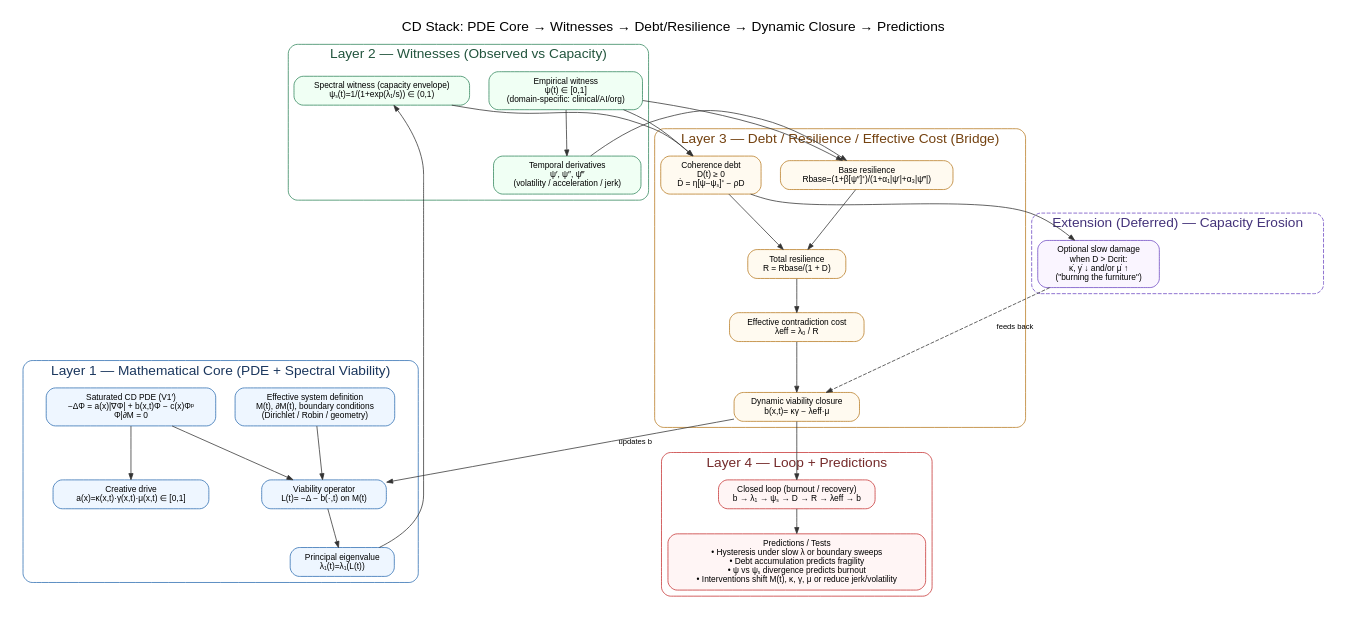
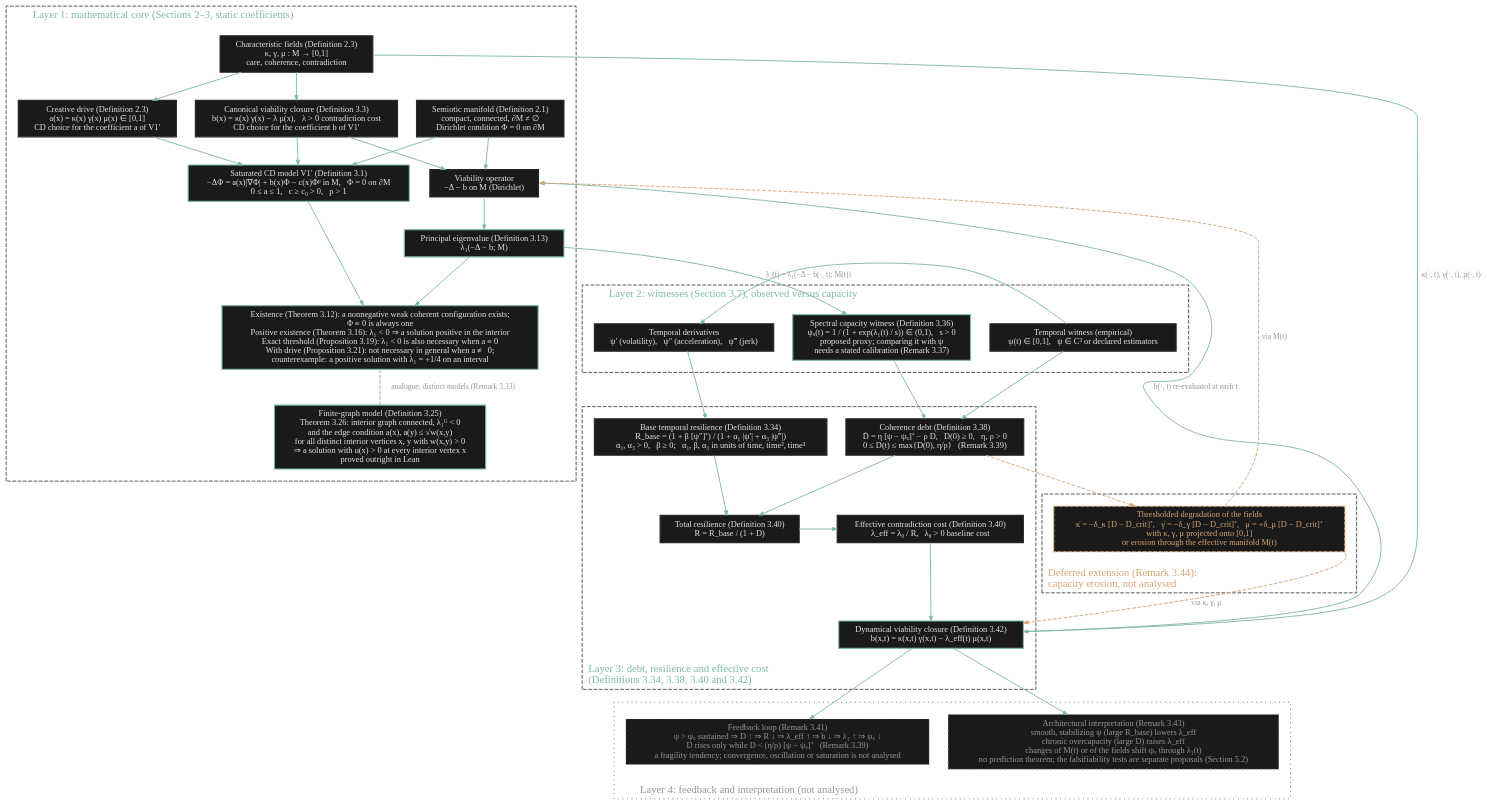
One commit to Project-Navi/navi-creative-determinant changed the diagram in paper/cd_stack.dot. Above: the diagram before and after it, drawn with Graphviz. The commit also changed 89 other files, not shown here.

```diff
--- a/paper/cd_stack.dot
+++ b/paper/cd_stack.dot
@@ -1,126 +1,230 @@
-digraph CDStack {
-  rankdir=TB;
-  bgcolor="white";
-  graph [
-    fontname="Helvetica",
-    fontsize=18,
-    labelloc="t",
-    label="CD Stack: PDE Core → Witnesses → Debt/Resilience → Dynamic Closure → Predictions",
-    pad="0.2",
-    nodesep="0.35",
-    ranksep="0.45"
-  ];
-  node [
-    fontname="Helvetica",
-    fontsize=11,
-    shape=box,
-    style="rounded,filled",
-    margin="0.18,0.10",
-    color="#333333"
-  ];
-  edge [
-    fontname="Helvetica",
-    fontsize=10,
-    color="#333333",
-    arrowsize=0.8
-  ];
+// The Creative Determinant stack: one source for the docs diagram and the paper figures.
+//
+// Structure and labels live here; statement numbers are paper numbers. paper/stack_figures.py
+// renders this file as the brand-themed SVG for the docs site and, with a print palette, as the
+// two paper figures (cluster L1 for Figure 1; clusters L2, L3, L4 and EXT plus the Layer 1
+// context nodes FIELDS, OP and LAM for Figure 2).
+//
+// `label` is the full text shown on the docs site; `plabel`, where present, is the compact
+// text used in the paper figures, whose captions and surrounding text carry the details.
+// The other `p` attributes (plabeljust, ptailport, pconstraint) likewise apply only to the
+// paper figures, whose node order differs from the docs layout.
+// Regenerate with `make -C paper` after editing (renders in the pinned image of
+// paper/figures.Dockerfile; needs docker), then rebuild the paper.
+//
+// Styling follows the Project Navi brand guide (background #141414, text #e8e4de, accent
+// #7eb8a8; tiers #7eb8a8 positive, #d4a574 neutral, #9a958e muted), as in the
+// takens-formalization proof-architecture diagram.
+//
+// Expected statement headers, read by scripts/check_stack_citations.py. Every statement or
+// section cited below (and on docs/explanation/cd-stack.md) has one line here, giving its
+// title as pdftotext prints it. A statement title runs through the character that closes it
+// (")" or, for Theorem 3.26, ";"), so a shortened or lengthened title fails the check.
+// Section titles run on into the text and are matched by their start.
+// cites: Definition 2.1 = Semiotic manifold)
+// cites: Definition 2.3 = Characteristic fields)
+// cites: Definition 3.1 = Autonomous viability model with saturation (V1’))
+// cites: Definition 3.3 = Canonical viability closure)
+// cites: Theorem 3.12 = Existence of a nonnegative weak coherent configuration)
+// cites: Definition 3.13 = Principal eigenvalue and viability threshold)
+// cites: Theorem 3.16 = Existence of a positive weak coherent configuration)
+// cites: Proposition 3.19 = Exact threshold without a gradient term)
+// cites: Proposition 3.21 = A positive continuum solution below the linear threshold)
+// cites: Definition 3.25 = Finite-graph CD problem)
+// cites: Theorem 3.26 = Positive solution on a finite graph;
+// cites: Remark 3.33 = Three models that must not be identified)
+// cites: Definition 3.34 = Base temporal resilience factor)
+// cites: Definition 3.36 = Spectral capacity witness)
+// cites: Remark 3.37 = Meaning of ψs)
+// cites: Definition 3.38 = Coherence debt dynamics)
+// cites: Remark 3.39 = Interpretation: asymmetric cost of mismatch)
+// cites: Definition 3.40 = Total resilience and effective contradiction cost)
+// cites: Remark 3.41 = Burnout spiral as feedback)
+// cites: Definition 3.42 = Dynamical viability closure)
+// cites: Remark 3.43 = Architectural interpretation)
+// cites: Remark 3.44 = Capacity erosion as a future-work extension)
+// cites: Section 2 = Mathematical setup
+// cites: Section 3 = Main PDE Results
+// cites: Section 3.6 = The finite-graph model
+// cites: Section 3.7 = Temporal resilience and coherence debt
+// cites: Section 5.2 = Falsifiability protocols
 
-  // ---------- Layer 1 ----------
+digraph cd_stack {
+  rankdir=TB
+  newrank=true
+  bgcolor="transparent"
+  forcelabels=true
+  nodesep=0.35
+  ranksep=0.5
+  node [fontname="DM Sans" fontsize=11 style=filled fillcolor="#1a1a1a"
+        fontcolor="#e8e4de" color="#2a2a2a" shape=box margin="0.15,0.08"
+        penwidth=1.5]
+  edge [fontname="DM Sans" fontsize=10 fontcolor="#9a958e" color="#7eb8a8"
+        arrowsize=0.6 penwidth=1.2]
+
+  // ---------- L1 ----------
   subgraph cluster_L1 {
-    label="Layer 1 — Mathematical Core (PDE + Spectral Viability)";
-    color="#2b6cb0"; fontcolor="#1a365d";
-    style="rounded";
+    label="Layer 1: mathematical core (Sections 2–3, static coefficients)"
+    plabel="Mathematical core (Sections 2–3)"
+    labeljust=l
+    fontname="Fraunces"
+    fontsize=14
+    fontcolor="#7eb8a8"
+    color="#2a2a2a"
+    style=dashed
+    margin=16
 
-    PDE [fillcolor="#eef6ff", color="#2b6cb0",
-      label="Saturated CD PDE (V1′)\n−ΔΦ = a(x)|∇Φ| + b(x,t)Φ − c(x)Φᵖ\nΦ|∂M = 0"];
-    ADEF [fillcolor="#eef6ff", color="#2b6cb0",
-      label="Creative drive\n a(x)=κ(x,t)·γ(x,t)·μ(x,t) ∈ [0,1]"];
-    SYS [fillcolor="#eef6ff", color="#2b6cb0",
-      label="Effective system definition\n M(t), ∂M(t), boundary conditions\n(Dirichlet / Robin / geometry)"];
-    OP [fillcolor="#eef6ff", color="#2b6cb0",
-      label="Viability operator\nL(t)= −Δ − b(·,t) on M(t)"];
-    LAM [fillcolor="#eef6ff", color="#2b6cb0",
-      label="Principal eigenvalue\nλ₁(t)=λ₁(L(t))"];
+    FIELDS [label="Characteristic fields (Definition 2.3)\nκ, γ, μ : M → [0,1]\ncare, coherence, contradiction"
+            plabel="Characteristic fields\n(Definition 2.3)\nκ, γ, μ ∈ [0,1]"]
+    ADEF [label="Creative drive (Definition 2.3)\na(x) = κ(x) γ(x) μ(x) ∈ [0,1]\nCD choice for the coefficient a of V1′"
+          plabel="Creative drive (Definition 2.3)\na = κγμ (CD choice for a)"]
+    BDEF0 [label="Canonical viability closure (Definition 3.3)\nb(x) = κ(x) γ(x) − λ μ(x),   λ > 0 contradiction cost\nCD choice for the coefficient b of V1′"
+           plabel="Canonical closure (Definition 3.3)\nb = κγ − λμ (CD choice for b)"]
+    SYS [label="Semiotic manifold (Definition 2.1)\ncompact, connected, ∂M ≠ ∅\nDirichlet condition Φ = 0 on ∂M"
+         plabel="Semiotic manifold (Definition 2.1)\ncompact, connected, ∂M ≠ ∅\nΦ = 0 on ∂M"]
+    PDE [label="Saturated CD model V1′ (Definition 3.1)\n−ΔΦ = a(x)|∇Φ| + b(x)Φ − c(x)Φᵖ in M,   Φ = 0 on ∂M\n0 ≤ a ≤ 1,   c ≥ c₀ > 0,   p > 1"
+         plabel="Model V1′ (Definition 3.1)\n−ΔΦ = a|∇Φ| + bΦ − cΦᵖ\n0 ≤ a ≤ 1,  c ≥ c₀ > 0,  p > 1"
+         color="#7eb8a8"]
+    OP [label="Viability operator\n−Δ − b on M (Dirichlet)"
+        plabel="Operator −Δ − b"]
+    LAM [label="Principal eigenvalue (Definition 3.13)\nλ₁(−Δ − b; M)"
+         plabel="λ₁(−Δ − b; M)\n(Definition 3.13)"
+         color="#7eb8a8"]
+    RESULTS [label="Existence (Theorem 3.12): a nonnegative weak coherent configuration exists;\nΦ ≡ 0 is always one\nPositive existence (Theorem 3.16): λ₁ < 0 ⇒ a solution positive in the interior\nExact threshold (Proposition 3.19): λ₁ < 0 is also necessary when a ≡ 0\nWith drive (Proposition 3.21): not necessary in general when a ≢ 0;\ncounterexample: a positive solution with λ₁ = +1/4 on an interval"
+             plabel="Theorem 3.12: a nonnegative solution exists (Φ ≡ 0 is one)\nTheorem 3.16: λ₁ < 0 ⇒ a solution with Φ > 0 in M°\nProposition 3.19: also necessary when a ≡ 0\nProposition 3.21: not necessary in general when a ≢ 0"
+             color="#7eb8a8"]
+    FGRAPH [label="Finite-graph model (Definition 3.25)\nTheorem 3.26: interior graph connected, λ₁ᴳ < 0\nand the edge condition a(x), a(y) ≤ √w(x,y)\nfor all distinct interior vertices x, y with w(x,y) > 0\n⇒ a solution with u(x) > 0 at every interior vertex x\nproved outright in Lean"
+           plabel="Finite-graph model (Definition 3.25)\nTheorem 3.26: interior graph connected, λ₁ᴳ < 0,\nedge condition a(x), a(y) ≤ √w(x,y)\nfor all distinct x, y ∈ I with w(x,y) > 0\n⇒ a solution with u(x) > 0 for all x ∈ I (Lean)"
+           color="#7eb8a8"]
 
-    PDE -> ADEF;
-    PDE -> OP;
-    SYS -> OP;
-    OP  -> LAM;
+    FIELDS -> ADEF
+    FIELDS -> BDEF0
+    ADEF -> PDE
+    BDEF0 -> PDE
+    BDEF0 -> OP
+    SYS -> PDE
+    SYS -> OP
+    PDE -> RESULTS
+    LAM -> RESULTS
+    RESULTS -> FGRAPH [style=dashed dir=none label="  analogue; distinct models (Remark 3.33)" plabel="  analogue (Remark 3.33)"]
   }
 
-  // ---------- Layer 2 ----------
+  // ---------- L2 ----------
   subgraph cluster_L2 {
-    label="Layer 2 — Witnesses (Observed vs Capacity)";
-    color="#2f855a"; fontcolor="#22543d";
-    style="rounded";
+    label="Layer 2: witnesses (Section 3.7), observed versus capacity"
+    plabel="Witnesses (Section 3.7)"
+    labeljust=l
+    plabeljust=r
+    fontname="Fraunces"
+    fontsize=14
+    fontcolor="#7eb8a8"
+    color="#2a2a2a"
+    style=dashed
+    margin=16
 
-    PSI [fillcolor="#f0fff4", color="#2f855a",
-      label="Empirical witness\nψ(t) ∈ [0,1]\n(domain-specific: clinical/AI/org)"];
-    DER [fillcolor="#f0fff4", color="#2f855a",
-      label="Temporal derivatives\nψ′, ψ″, ψ‴\n(volatility / acceleration / jerk)"];
-    PSIS [fillcolor="#f0fff4", color="#2f855a",
-      label="Spectral witness (capacity envelope)\nψₛ(t)=1/(1+exp(λ₁/s)) ∈ (0,1)"];
+    PSI [label="Temporal witness (empirical)\nψ(t) ∈ [0,1],   ψ ∈ C³ or declared estimators"
+         plabel="Temporal witness\nψ(t) ∈ [0,1]"]
+    DER [label="Temporal derivatives\nψ′ (volatility),   ψ″ (acceleration),   ψ‴ (jerk)"
+         plabel="ψ′, ψ″, ψ‴"]
+    PSIS [label="Spectral capacity witness (Definition 3.36)\nψₛ(t) = 1 / (1 + exp(λ₁(t) / s)) ∈ (0,1),   s > 0\nproposed proxy; comparing it with ψ\nneeds a stated calibration (Remark 3.37)"
+          plabel="Spectral capacity witness\n(Definition 3.36)\nψₛ = 1 / (1 + exp(λ₁/s))"
+          color="#7eb8a8"]
 
-    PSI -> DER;
-    LAM -> PSIS;
+    { rank=same; PSI; DER }
+    PSI -> DER
   }
 
-  // ---------- Layer 3 ----------
+  // ---------- L3 ----------
   subgraph cluster_L3 {
-    label="Layer 3 — Debt / Resilience / Effective Cost (Bridge)";
-    color="#b7791f"; fontcolor="#744210";
-    style="rounded";
+    label="Layer 3: debt, resilience and effective cost\l(Definitions 3.34, 3.38, 3.40 and 3.42)\l"
+    plabel="Debt, resilience,\leffective cost\l"
+    labeljust=l
+    plabeljust=r
+    labelloc=b
+    fontname="Fraunces"
+    fontsize=14
+    fontcolor="#7eb8a8"
+    color="#2a2a2a"
+    style=dashed
+    margin=16
 
-    DEBT [fillcolor="#fffaf0", color="#b7791f",
-      label="Coherence debt\nD(t) ≥ 0\nḊ = η[ψ−ψₛ]⁺ − ρD"];
-    RBASE [fillcolor="#fffaf0", color="#b7791f",
-      label="Base resilience\nRbase=(1+β[ψ″]⁺)/(1+α₁|ψ′|+α₃|ψ‴|)"];
-    RTOT [fillcolor="#fffaf0", color="#b7791f",
-      label="Total resilience\nR = Rbase/(1 + D)"];
-    LAMEFF [fillcolor="#fffaf0", color="#b7791f",
-      label="Effective contradiction cost\nλeff = λ₀ / R"];
-    BDEF [fillcolor="#fffaf0", color="#b7791f",
-      label="Dynamic viability closure\nb(x,t)= κγ − λeff·μ"];
+    RBASE [label="Base temporal resilience (Definition 3.34)\nR_base = (1 + β [ψ″]⁺) / (1 + α₁ |ψ′| + α₃ |ψ‴|)\nα₁, α₃ > 0,   β ≥ 0;   α₁, β, α₃ in units of time, time², time³"
+           plabel="Base resilience R_base\n(Definition 3.34)"]
+    DEBT [label="Coherence debt (Definition 3.38)\nḊ = η [ψ − ψₛ]⁺ − ρ D,   D(0) ≥ 0,   η, ρ > 0\n0 ≤ D(t) ≤ max{D(0), η/ρ}   (Remark 3.39)"
+          plabel="Coherence debt\n(Definition 3.38)\nḊ = η[ψ − ψₛ]⁺ − ρD"]
+    RTOT [label="Total resilience (Definition 3.40)\nR = R_base / (1 + D)"
+          plabel="R = R_base / (1 + D)\n(Definition 3.40)"]
+    LAMEFF [label="Effective contradiction cost (Definition 3.40)\nλ_eff = λ₀ / R,   λ₀ > 0 baseline cost"
+            plabel="λ_eff = λ₀ / R\n(Definition 3.40)"]
+    BDEF [label="Dynamical viability closure (Definition 3.42)\nb(x,t) = κ(x,t) γ(x,t) − λ_eff(t) μ(x,t)"
+          plabel="Dynamical closure\n(Definition 3.42)\nb(x,t) = κγ − λ_eff(t) μ"
+          color="#7eb8a8"]
 
-    PSI  -> DEBT;
-    PSIS -> DEBT;
-
-    PSI -> RBASE;
-    DER -> RBASE;
-
-    DEBT -> RTOT;
-    RBASE -> RTOT;
-
-    RTOT -> LAMEFF;
-    LAMEFF -> BDEF;
+    PSI -> DEBT
+    PSIS -> DEBT
+    DER -> RBASE
+    DEBT -> RTOT
+    RBASE -> RTOT
+    { rank=same; RTOT; LAMEFF }
+    RTOT -> LAMEFF
+    LAMEFF -> BDEF
   }
 
-  // ---------- Layer 4 ----------
+  // ---------- L4 ----------
   subgraph cluster_L4 {
-    label="Layer 4 — Loop + Predictions";
-    color="#c53030"; fontcolor="#742a2a";
-    style="rounded";
+    label="Layer 4: feedback and interpretation (not analysed)"
+    plabel="Feedback and interpretation (not analysed)"
+    labeljust=l
+    labelloc=b
+    fontname="Fraunces"
+    fontsize=14
+    fontcolor="#9a958e"
+    color="#2a2a2a"
+    style=dotted
+    margin=16
 
-    LOOP [fillcolor="#fff5f5", color="#c53030",
-      label="Closed loop (burnout / recovery)\nb → λ₁ → ψₛ → D → R → λeff → b"];
-    PRED [fillcolor="#fff5f5", color="#c53030",
-      label="Predictions / Tests\n• Hysteresis under slow λ or boundary sweeps\n• Debt accumulation predicts fragility\n• ψ vs ψₛ divergence predicts burnout\n• Interventions shift M(t), κ, γ, μ or reduce jerk/volatility"];
+    LOOP [label="Feedback loop (Remark 3.41)\nψ > ψₛ sustained ⇒ D ↑ ⇒ R ↓ ⇒ λ_eff ↑ ⇒ b ↓ ⇒ λ₁ ↑ ⇒ ψₛ ↓\nD rises only while D < (η/ρ) [ψ − ψₛ]⁺   (Remark 3.39)\na fragility tendency; convergence, oscillation or saturation is not analysed"
+          plabel="Feedback loop\n(Remark 3.41)\na tendency, not analysed"
+          style="filled,dotted" fontcolor="#9a958e" color="#9a958e"]
+    INTERP [label="Architectural interpretation (Remark 3.43)\nsmooth, stabilizing ψ (large R_base) lowers λ_eff\nchronic overcapacity (large D) raises λ_eff\nchanges of M(t) or of the fields shift ψₛ through λ₁(t)\nno prediction theorem; the falsifiability tests are separate proposals (Section 5.2)"
+            plabel="Architectural interpretation\n(Remark 3.43)"
+            style="filled,dotted" fontcolor="#9a958e" color="#9a958e"]
 
-    BDEF -> OP [label="updates b"];
-    BDEF -> LOOP;
-    LOOP -> PRED;
+    { rank=same; LOOP; INTERP }
   }
 
-  // ---------- Deferred Extension ----------
+  // ---------- EXT ----------
   subgraph cluster_EXT {
-    label="Extension (Deferred) — Capacity Erosion";
-    color="#6b46c1"; fontcolor="#44337a";
-    style="rounded,dashed";
+    label="Deferred extension (Remark 3.44):\lcapacity erosion, not analysed\l"
+    plabel="Deferred\l(Remark 3.44)\l"
+    labeljust=l
+    labelloc=b
+    fontname="Fraunces"
+    fontsize=14
+    fontcolor="#d4a574"
+    color="#2a2a2a"
+    style=dashed
+    margin=16
 
-    EROSION [fillcolor="#faf5ff", color="#6b46c1",
-      label="Optional slow damage\nwhen D > Dcrit:\nκ̇, γ̇ ↓ and/or μ̇ ↑\n(\"burning the furniture\")"];
+    EROSION [label="Thresholded degradation of the fields\nκ̇ = −δ_κ [D − D_crit]⁺,   γ̇ = −δ_γ [D − D_crit]⁺,   μ̇ = +δ_μ [D − D_crit]⁺\nwith κ, γ, μ projected onto [0,1]\nor erosion through the effective manifold M(t)"
+             plabel="Capacity erosion\nof κ, γ, μ or M(t)"
+             style="filled,dashed" fontcolor="#d4a574" color="#d4a574"]
+  }
 
-    DEBT -> EROSION;
-    EROSION -> BDEF [style=dashed, label="feeds back"];
-  }
+  // ---------- cross-layer edges ----------
+  // The two feedback edges into OP are written head first with dir=back, so each is drawn as an
+  // arrow into OP. OP -> BDEF takes part in the ranking of the paper figure, where OP is in the
+  // top row, and not in the docs diagram (constraint=false), where OP is inside Layer 1. In the
+  // docs diagram both leave OP from its east side, and EROSION -> BDEF leaves from the south-east
+  // corner, below the left-justified title of the deferred cluster; the paper figure resets the
+  // OP ports to the centre (ptailport=c), which keeps its edge labels clear of the other edges.
+  OP -> LAM
+  LAM -> PSIS [label="  λ₁(t) = λ₁(−Δ − b(·, t); M(t))" plabel="  λ₁(t)"]
+  FIELDS -> BDEF [label="  κ(·, t), γ(·, t), μ(·, t)" plabel="  κ, γ, μ at time t"]
+  OP -> BDEF [dir=back constraint=false pconstraint=true tailport=e ptailport=c label="  b(·, t) re-evaluated at each t" plabel="  updates\l  b(·, t)\l"]
+  BDEF -> LOOP
+  BDEF -> INTERP
+  DEBT -> EROSION [style=dashed color="#d4a574"]
+  EROSION -> BDEF [tailport=se style=dashed color="#d4a574" label="  via κ, γ, μ"]
+  OP -> EROSION [dir=back tailport=e ptailport=c style=dashed color="#d4a574" label="  via M(t)"]
 }
```
